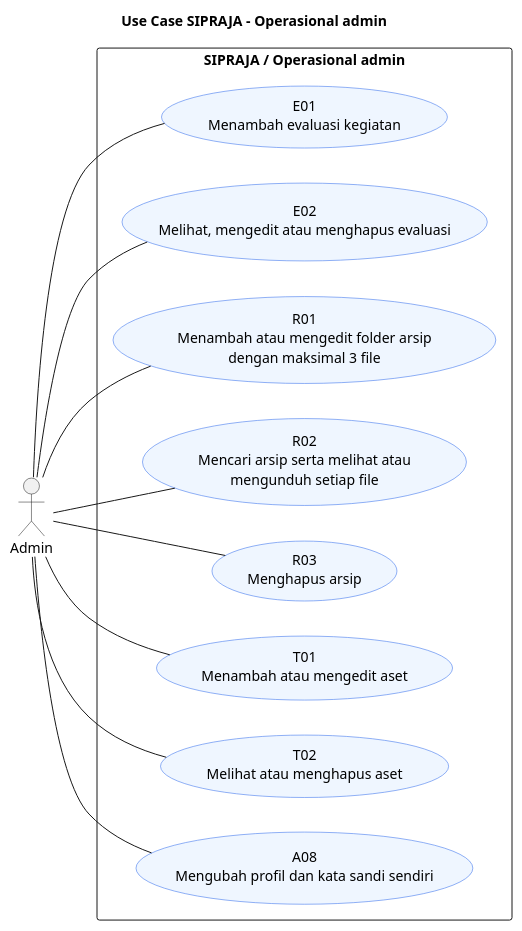
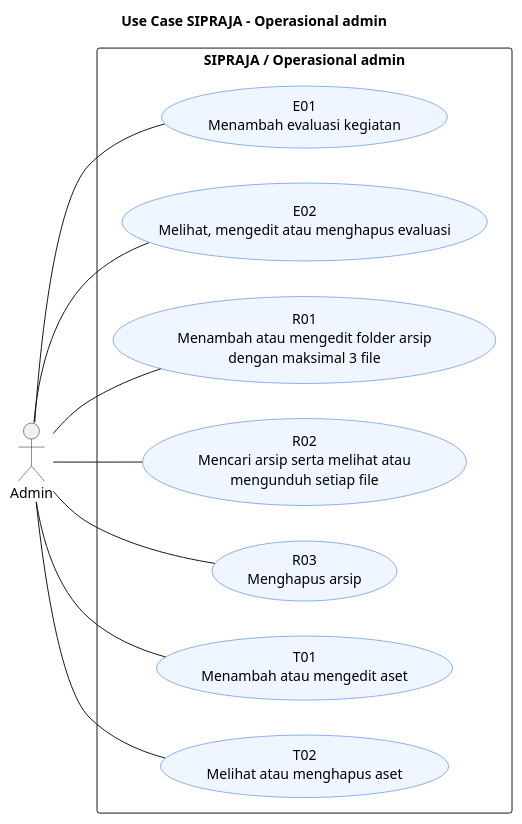
One commit to Samuel-smr/Satpolpp changed the fifth of 7 diagrams in docs/SIPRAJA-use-case.puml. Above: the diagram before and after it, drawn with PlantUML. The commit also changed other lines of this file and 8 other files, not shown here.

Commit message:
Selaraskan diagram dengan implementasi sistem

```diff
--- a/docs/SIPRAJA-use-case.puml
+++ b/docs/SIPRAJA-use-case.puml
@@ -120,29 +123,27 @@
 @startuml SIPRAJA_5
 left to right direction
 skinparam packageStyle rectangle
 skinparam shadowing false
 skinparam usecase {
   BackgroundColor #EFF6FF
   BorderColor #2563EB
 }
 title Use Case SIPRAJA - Operasional admin
 actor "Admin" as ACTOR0
 rectangle "SIPRAJA / Operasional admin" {
   usecase "E01\nMenambah evaluasi kegiatan" as E01
   usecase "E02\nMelihat, mengedit atau menghapus evaluasi" as E02
   usecase "R01\nMenambah atau mengedit folder arsip\ndengan maksimal 3 file" as R01
   usecase "R02\nMencari arsip serta melihat atau\nmengunduh setiap file" as R02
   usecase "R03\nMenghapus arsip" as R03
   usecase "T01\nMenambah atau mengedit aset" as T01
   usecase "T02\nMelihat atau menghapus aset" as T02
-  usecase "A08\nMengubah profil dan kata sandi sendiri" as A08
 }
 ACTOR0 -- E01
 ACTOR0 -- E02
 ACTOR0 -- R01
 ACTOR0 -- R02
 ACTOR0 -- R03
 ACTOR0 -- T01
 ACTOR0 -- T02
-ACTOR0 -- A08
 @enduml
```
